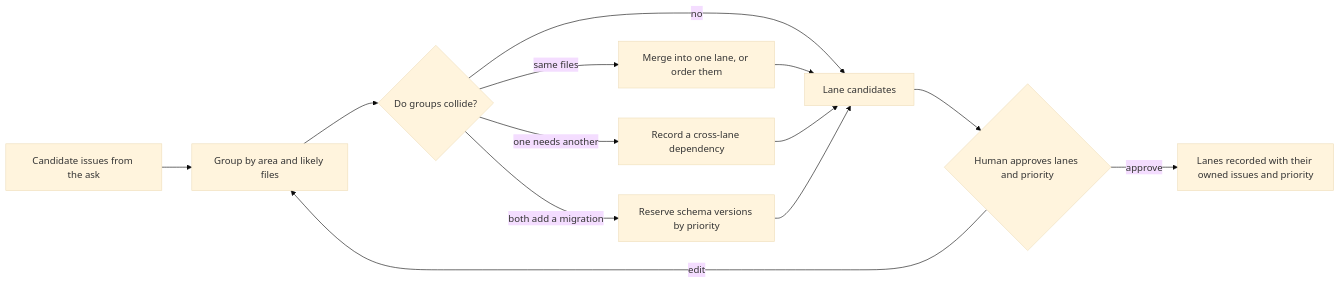
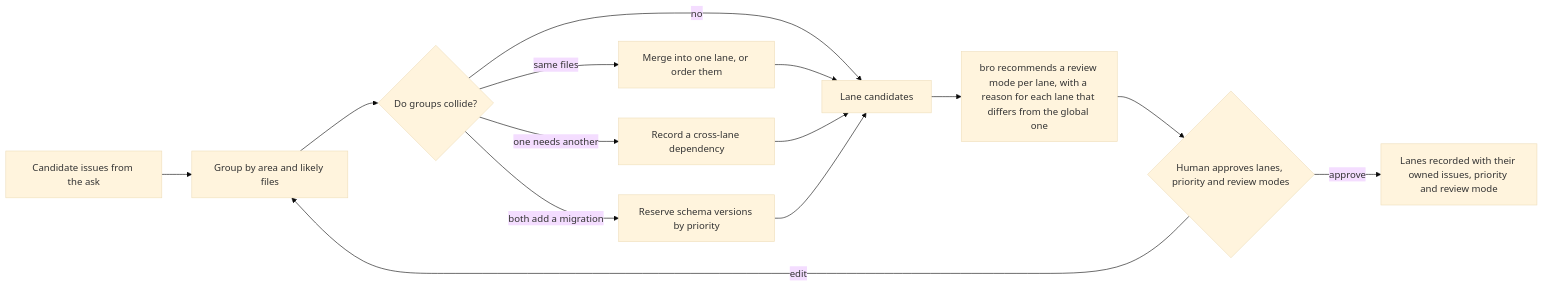
Before and after one commit to trustmybot/plugin: the second of 6 diagrams in docs/architecture/LANES.md, drawn with Mermaid (base theme). The commit also changed other lines of this file and 7 other files, not shown here.

Commit message:
📝 docs(flows): plan flow 3.9 agile review mode (GH 2225)

````diff
--- a/docs/architecture/LANES.md
+++ b/docs/architecture/LANES.md
@@ -48,15 +48,16 @@
 ```mermaid
 flowchart LR
     A[Candidate issues from the ask] --> B[Group by area and likely files]
     B --> C{Do groups collide?}
     C -- same files --> D[Merge into one lane, or order them]
     C -- one needs another --> E[Record a cross-lane dependency]
     C -- both add a migration --> F[Reserve schema versions by priority]
     C -- no --> G[Lane candidates]
     D --> G
     E --> G
     F --> G
-    G --> H{Human approves lanes and priority}
+    G --> R[bro recommends a review mode per lane, with a reason for each lane that differs from the global one]
+    R --> H{Human approves lanes, priority and review modes}
     H -- edit --> B
-    H -- approve --> I[Lanes recorded with their owned issues and priority]
+    H -- approve --> I[Lanes recorded with their owned issues, priority and review mode]
 ```
````
